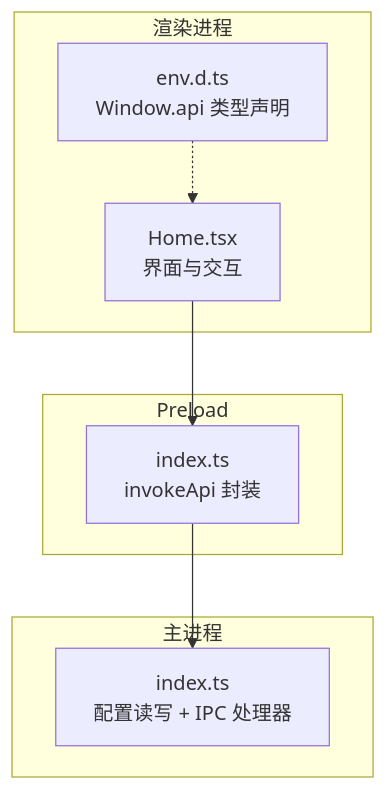
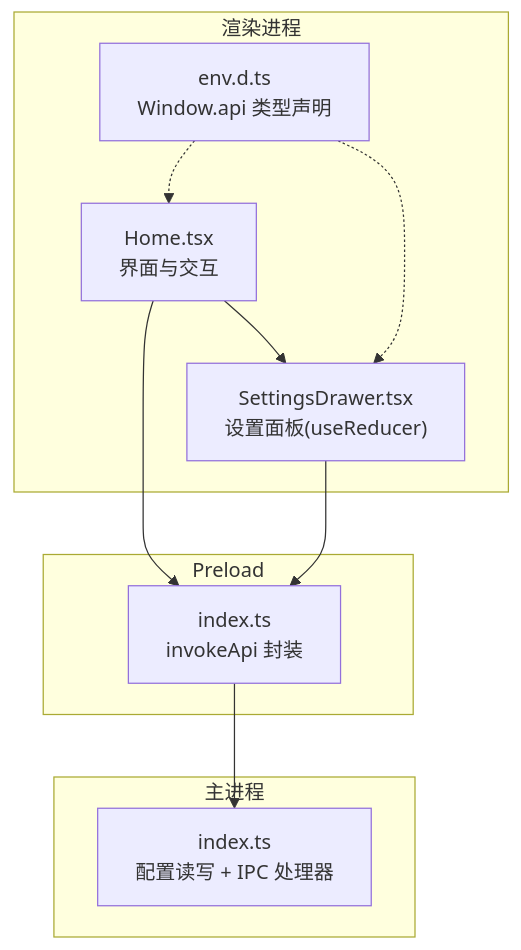
Before and after one commit to HoarfrostKimi/Video-Merger: the first of 4 diagrams in .qoder/repowiki/zh/content/架构设计/主进程架构/配置管理系统.md, drawn with Mermaid. The commit also changed other lines of this file and 43 other files, not shown here.

````diff
--- a/.qoder/repowiki/zh/content/架构设计/主进程架构/配置管理系统.md
+++ b/.qoder/repowiki/zh/content/架构设计/主进程架构/配置管理系统.md
@@ -41,16 +51,20 @@
 ```mermaid
 graph TB
 subgraph "渲染进程"
 RUI["Home.tsx<br/>界面与交互"]
+SD["SettingsDrawer.tsx<br/>设置面板(useReducer)"]
 EnvDts["env.d.ts<br/>Window.api 类型声明"]
 end
 subgraph "Preload"
 Bridge["index.ts<br/>invokeApi 封装"]
 end
 subgraph "主进程"
 MainIdx["index.ts<br/>配置读写 + IPC 处理器"]
 end
+RUI --> SD
 RUI --> Bridge
+SD --> Bridge
 Bridge --> MainIdx
 EnvDts -.-> RUI
+EnvDts -.-> SD
 ```
````
